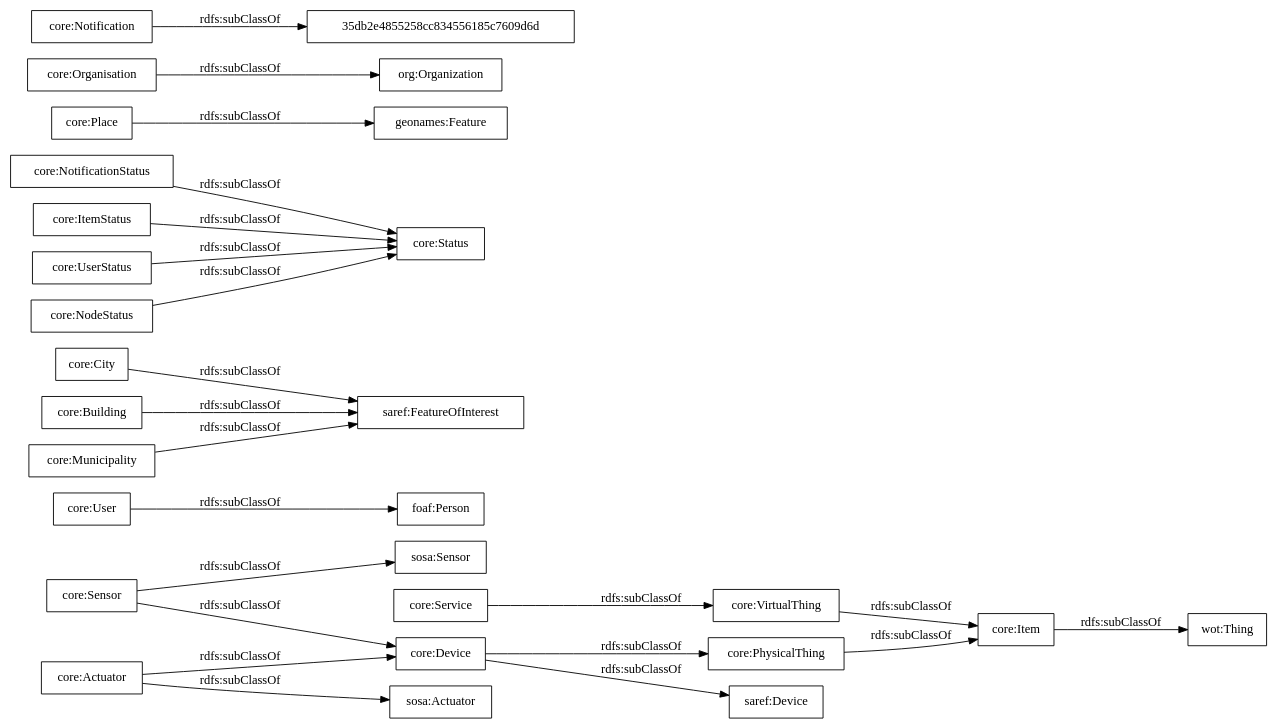
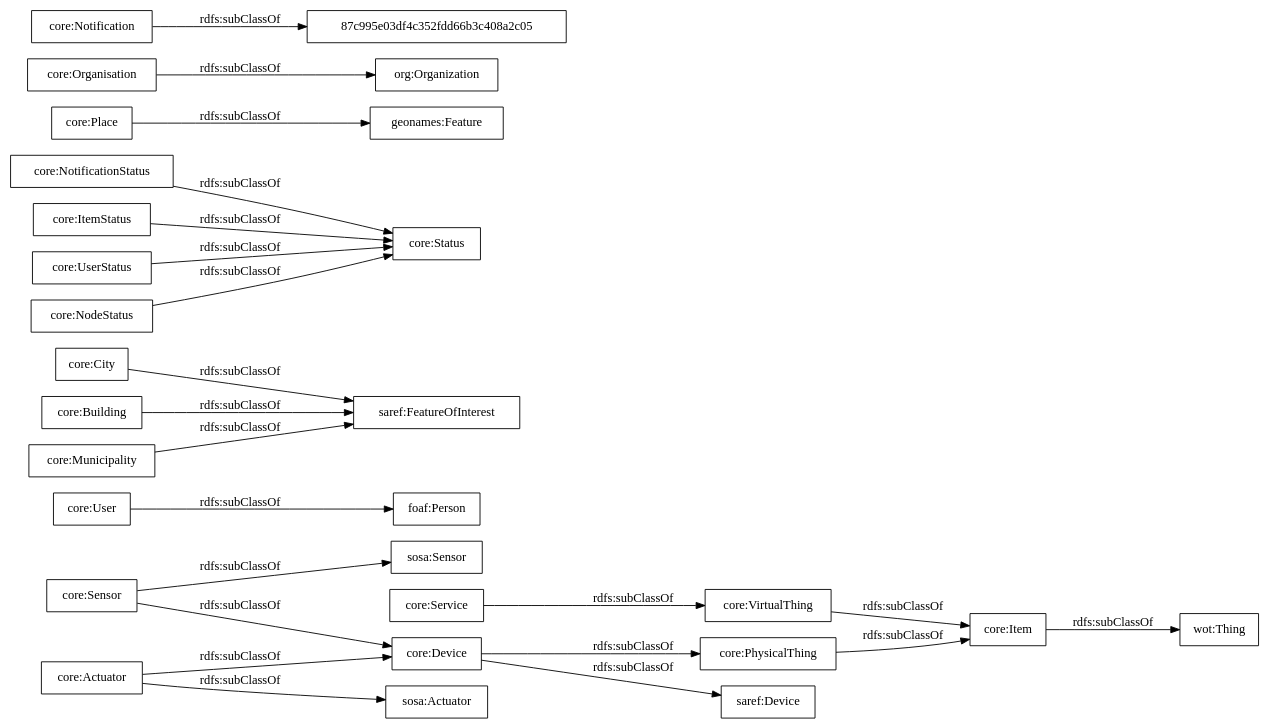
The diagram in OnToology/ontology/auroral-core.ttl/diagrams/ar2dtool-taxonomy/auroral-core.ttl.png.dot (oeg-upm/auroral-core-ontology), drawn with Graphviz before and after one commit. The commit also changed 14 other files, not shown here.

```diff
--- a/OnToology/ontology/auroral-core.ttl/diagrams/ar2dtool-taxonomy/auroral-core.ttl.png.dot
+++ b/OnToology/ontology/auroral-core.ttl/diagrams/ar2dtool-taxonomy/auroral-core.ttl.png.dot
@@ -1,27 +1,27 @@
 digraph ar2dtool_diagram { 
 rankdir=LR;
 size="1000"
-node [shape = rectangle, color="black"]; "wot:Thing" "core:User" "saref:Device" "core:City" "core:NotificationStatus" "geonames:Feature" "core:Status" "core:Service" "core:Device" "core:Sensor" "core:Actuator" "core:Organisation" "foaf:Person" "core:Building" "org:Organization" "core:Item" "core:Place" "core:Notification" "core:ItemStatus" "core:PhysicalThing" "sosa:Actuator" "core:UserStatus" "core:NodeStatus" "core:Municipality" "core:VirtualThing" "saref:FeatureOfInterest" "sosa:Sensor" "35db2e4855258cc834556185c7609d6d" ; /*classes style*/
+node [shape = rectangle, color="black"]; "wot:Thing" "core:User" "saref:Device" "core:City" "core:NotificationStatus" "geonames:Feature" "core:Status" "core:Service" "core:Device" "core:Sensor" "core:Actuator" "core:Organisation" "foaf:Person" "core:Building" "org:Organization" "core:Item" "core:Place" "core:Notification" "core:ItemStatus" "87c995e03df4c352fdd66b3c408a2c05" "core:PhysicalThing" "sosa:Actuator" "core:UserStatus" "core:NodeStatus" "core:Municipality" "core:VirtualThing" "saref:FeatureOfInterest" "sosa:Sensor" ; /*classes style*/
 	"core:ItemStatus" -> "core:Status" [ label = "rdfs:subClassOf" ];
 	"core:Service" -> "core:VirtualThing" [ label = "rdfs:subClassOf" ];
 	"core:Organisation" -> "org:Organization" [ label = "rdfs:subClassOf" ];
 	"core:User" -> "foaf:Person" [ label = "rdfs:subClassOf" ];
 	"core:Building" -> "saref:FeatureOfInterest" [ label = "rdfs:subClassOf" ];
 	"core:PhysicalThing" -> "core:Item" [ label = "rdfs:subClassOf" ];
 	"core:Device" -> "saref:Device" [ label = "rdfs:subClassOf" ];
 	"core:Device" -> "core:PhysicalThing" [ label = "rdfs:subClassOf" ];
 	"core:Municipality" -> "saref:FeatureOfInterest" [ label = "rdfs:subClassOf" ];
 	"core:NodeStatus" -> "core:Status" [ label = "rdfs:subClassOf" ];
 	"core:UserStatus" -> "core:Status" [ label = "rdfs:subClassOf" ];
 	"core:Sensor" -> "core:Device" [ label = "rdfs:subClassOf" ];
 	"core:Sensor" -> "sosa:Sensor" [ label = "rdfs:subClassOf" ];
 	"core:VirtualThing" -> "core:Item" [ label = "rdfs:subClassOf" ];
 	"core:Actuator" -> "core:Device" [ label = "rdfs:subClassOf" ];
 	"core:Actuator" -> "sosa:Actuator" [ label = "rdfs:subClassOf" ];
 	"core:Item" -> "wot:Thing" [ label = "rdfs:subClassOf" ];
 	"core:Place" -> "geonames:Feature" [ label = "rdfs:subClassOf" ];
-	"core:Notification" -> "35db2e4855258cc834556185c7609d6d" [ label = "rdfs:subClassOf" ];
+	"core:Notification" -> "87c995e03df4c352fdd66b3c408a2c05" [ label = "rdfs:subClassOf" ];
 	"core:NotificationStatus" -> "core:Status" [ label = "rdfs:subClassOf" ];
 	"core:City" -> "saref:FeatureOfInterest" [ label = "rdfs:subClassOf" ];
 
 }
```
